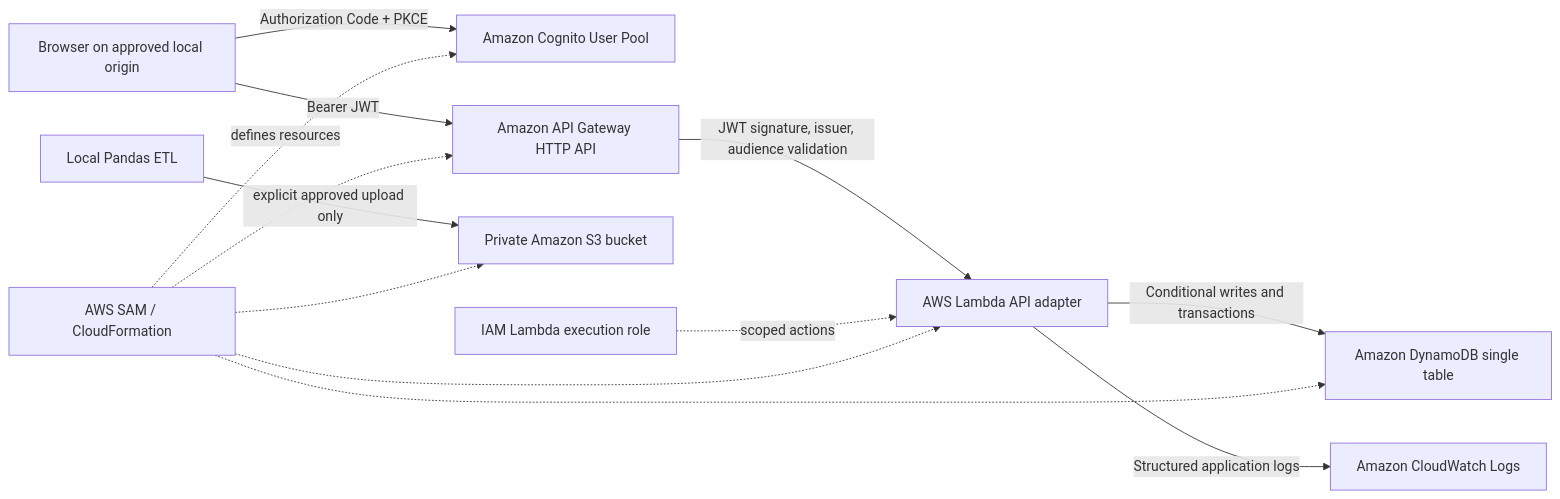
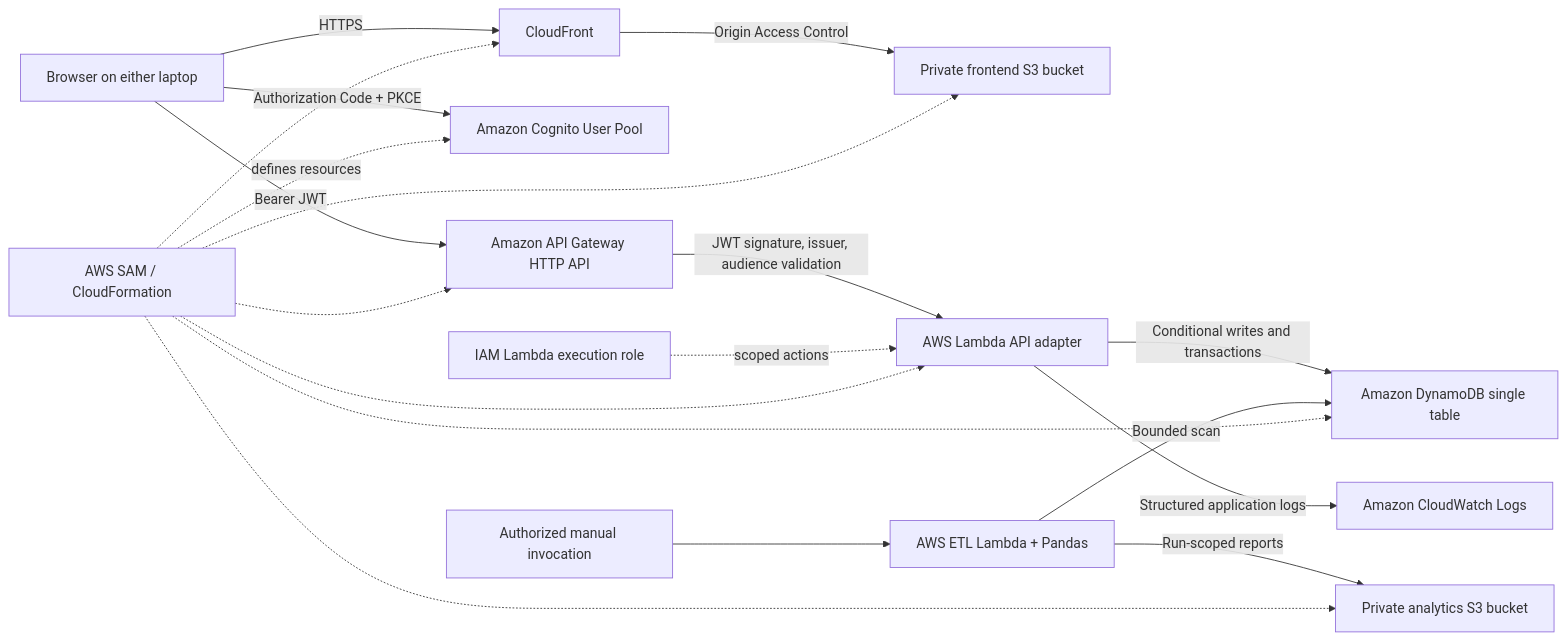
One commit to bharathselvas/sharebite changed the second of 2 diagrams in ARCHITECTURE.md. Above: the diagram before and after it, drawn with Mermaid. The commit also changed other lines of this file and 35 other files, not shown here.

````diff
--- a/ARCHITECTURE.md
+++ b/ARCHITECTURE.md
@@ -26,15 +26,21 @@
 ```mermaid
 flowchart LR
-  User[Browser on approved local origin] -->|Authorization Code + PKCE| Cognito[Amazon Cognito User Pool]
+  User[Browser on either laptop] -->|HTTPS| CDN[CloudFront]
+  CDN -->|Origin Access Control| Frontend[Private frontend S3 bucket]
+  User -->|Authorization Code + PKCE| Cognito[Amazon Cognito User Pool]
   User -->|Bearer JWT| API[Amazon API Gateway HTTP API]
   API -->|JWT signature, issuer, audience validation| Lambda[AWS Lambda API adapter]
   Lambda -->|Conditional writes and transactions| DynamoDB[Amazon DynamoDB single table]
   Lambda -->|Structured application logs| CW[Amazon CloudWatch Logs]
-  ETL[Local Pandas ETL] -->|explicit approved upload only| S3[Private Amazon S3 bucket]
+  Operator[Authorized manual invocation] --> ETL[AWS ETL Lambda + Pandas]
+  ETL -->|Bounded scan| DynamoDB
+  ETL -->|Run-scoped reports| Analytics[Private analytics S3 bucket]
   Role[IAM Lambda execution role] -. scoped actions .-> Lambda
   Template[AWS SAM / CloudFormation] -. defines resources .-> Cognito
+  Template -.-> CDN
   Template -.-> API
   Template -.-> Lambda
   Template -.-> DynamoDB
-  Template -.-> S3
+  Template -.-> Frontend
+  Template -.-> Analytics
 ```
````
